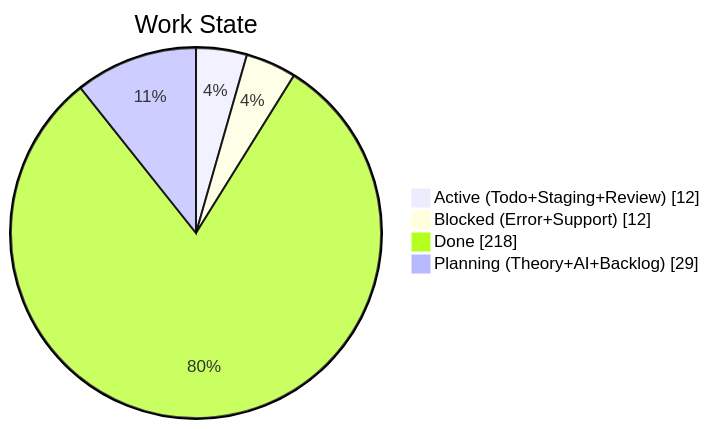
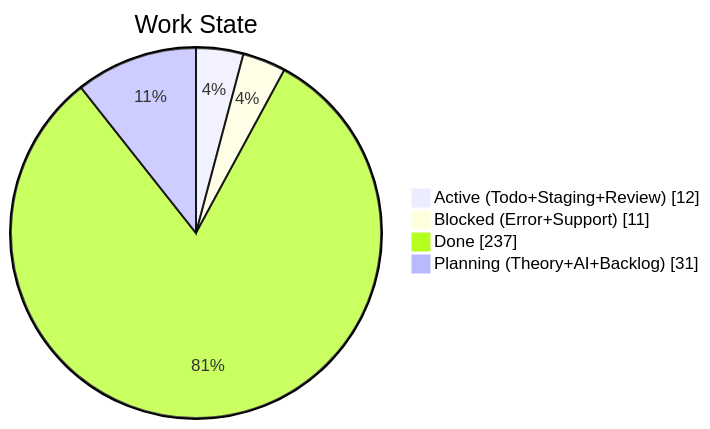
The second of 4 diagrams in apps/kbve/astro-kbve/src/content/docs/dashboard/kanban-data.mdx (KBVE/kbve), drawn with Mermaid before and after one commit. The commit also changed other lines of this file and 8 other files, not shown here.

````diff
--- a/apps/kbve/astro-kbve/src/content/docs/dashboard/kanban-data.mdx
+++ b/apps/kbve/astro-kbve/src/content/docs/dashboard/kanban-data.mdx
@@ -68,8 +67,8 @@
 ```mermaid
 pie showData
     title Work State
     "Active (Todo+Staging+Review)" : 12
-    "Blocked (Error+Support)" : 12
-    "Done" : 218
-    "Planning (Theory+AI+Backlog)" : 29
+    "Blocked (Error+Support)" : 11
+    "Done" : 237
+    "Planning (Theory+AI+Backlog)" : 31
 ```
````
